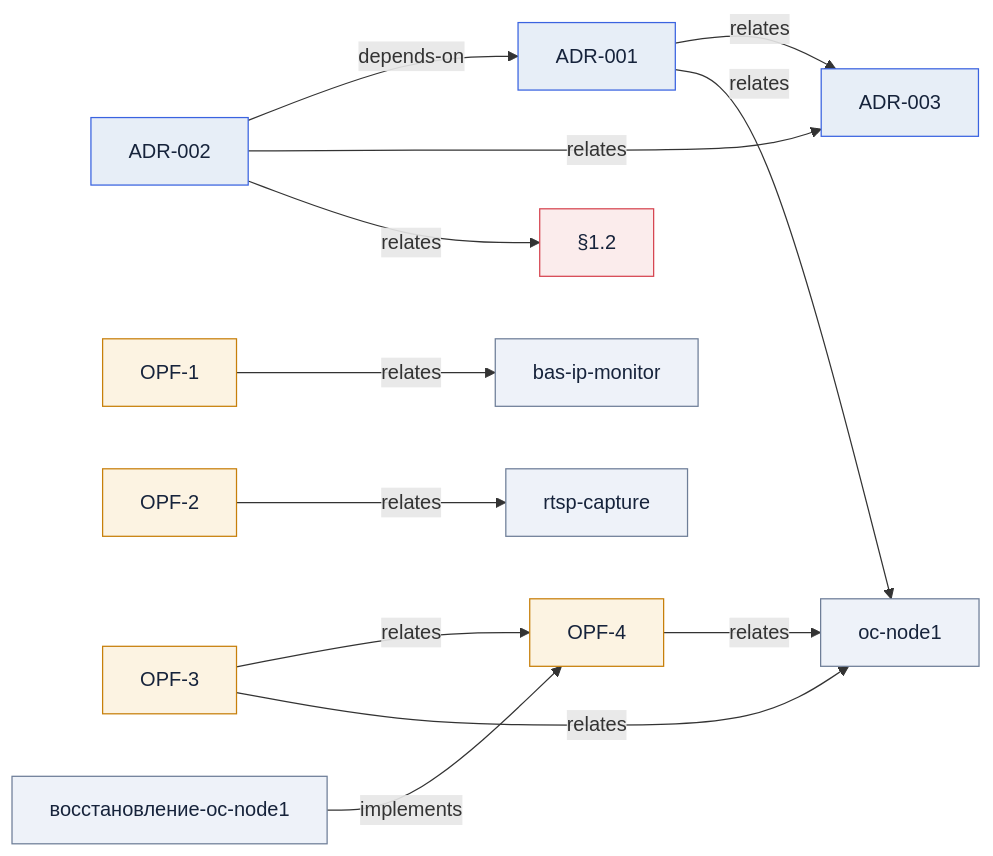
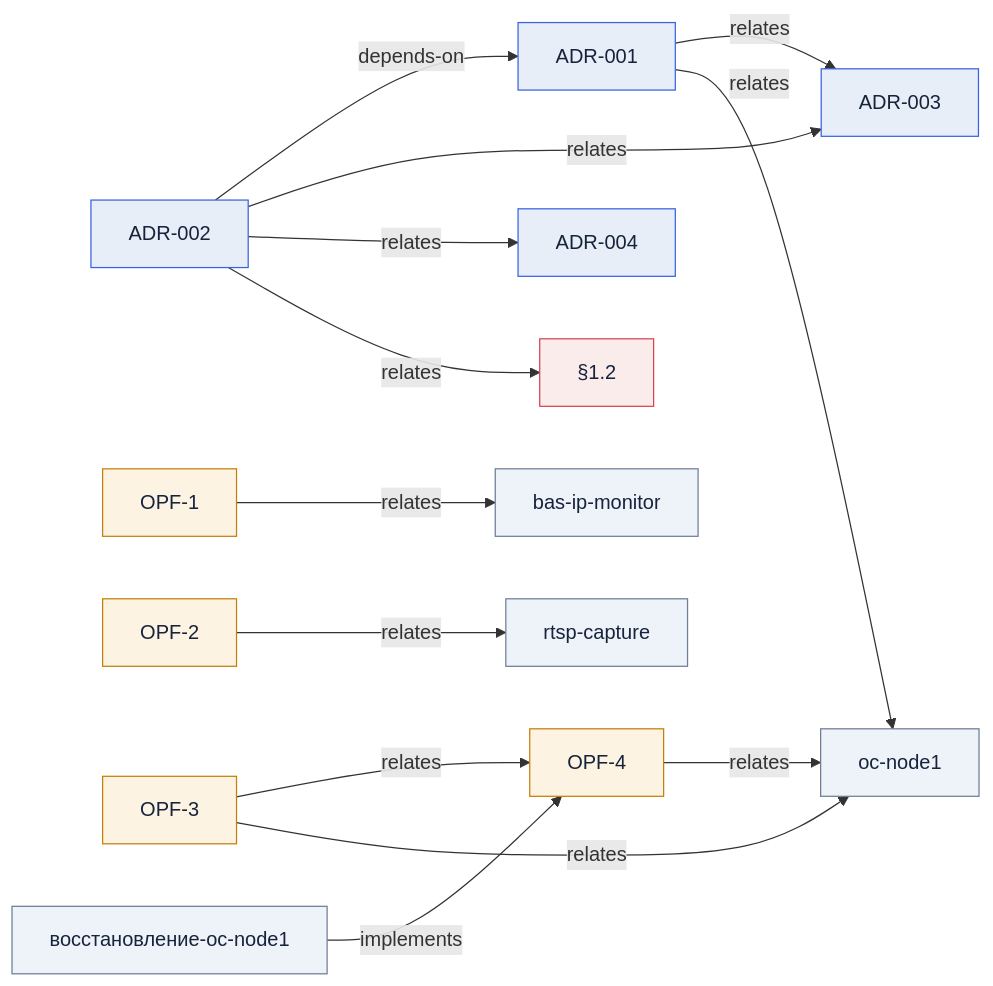
The diagram in docs/Граф-знаний.md (ikrajushkin/OpenClawAgentFarm), drawn with Mermaid before and after one commit. The commit also changed other lines of this file and 7 other files, not shown here.

````diff
--- a/docs/Граф-знаний.md
+++ b/docs/Граф-знаний.md
@@ -6,32 +6,34 @@
 ```mermaid
 graph LR
   n0["ADR-001"]:::adr
   n1["ADR-003"]:::adr
   n2["oc-node1"]:::concept
   n3["ADR-002"]:::adr
-  n4["§1.2"]:::incident
-  n5["OPF-1"]:::debt
-  n6["bas-ip-monitor"]:::concept
-  n7["OPF-2"]:::debt
-  n8["rtsp-capture"]:::concept
-  n9["OPF-3"]:::debt
-  n10["OPF-4"]:::debt
-  n11["восстановление-oc-node1"]:::concept
+  n4["ADR-004"]:::adr
+  n5["§1.2"]:::incident
+  n6["OPF-1"]:::debt
+  n7["bas-ip-monitor"]:::concept
+  n8["OPF-2"]:::debt
+  n9["rtsp-capture"]:::concept
+  n10["OPF-3"]:::debt
+  n11["OPF-4"]:::debt
+  n12["восстановление-oc-node1"]:::concept
   n0 -->|relates| n1
   n0 -->|relates| n2
   n3 -->|depends-on| n0
   n3 -->|relates| n1
   n3 -->|relates| n4
-  n5 -->|relates| n6
-  n7 -->|relates| n8
-  n9 -->|relates| n10
-  n9 -->|relates| n2
+  n3 -->|relates| n5
+  n6 -->|relates| n7
+  n8 -->|relates| n9
+  n10 -->|relates| n11
   n10 -->|relates| n2
-  n11 -->|implements| n10
+  n11 -->|relates| n2
+  n12 -->|implements| n11
   classDef adr fill:#E7EEF7,stroke:#3A63E0,color:#16233B;
   classDef incident fill:#FBECEC,stroke:#D64550,color:#16233B;
   classDef debt fill:#FCF3E2,stroke:#C77F0A,color:#16233B;
   classDef sprint fill:#E4F5EC,stroke:#078A5A,color:#16233B;
   classDef req fill:#EDE7F7,stroke:#6A4FCF,color:#16233B;
   classDef concept fill:#EEF2F9,stroke:#6E7E98,color:#16233B;
 ```
````
